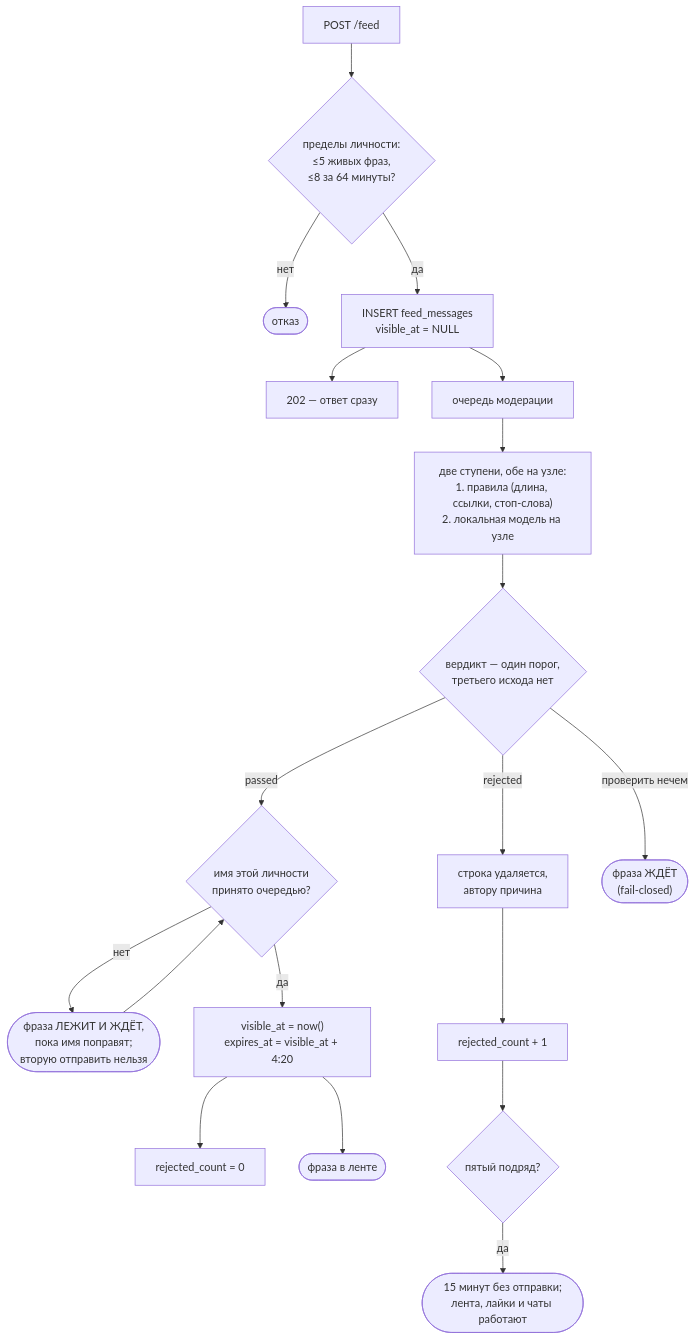
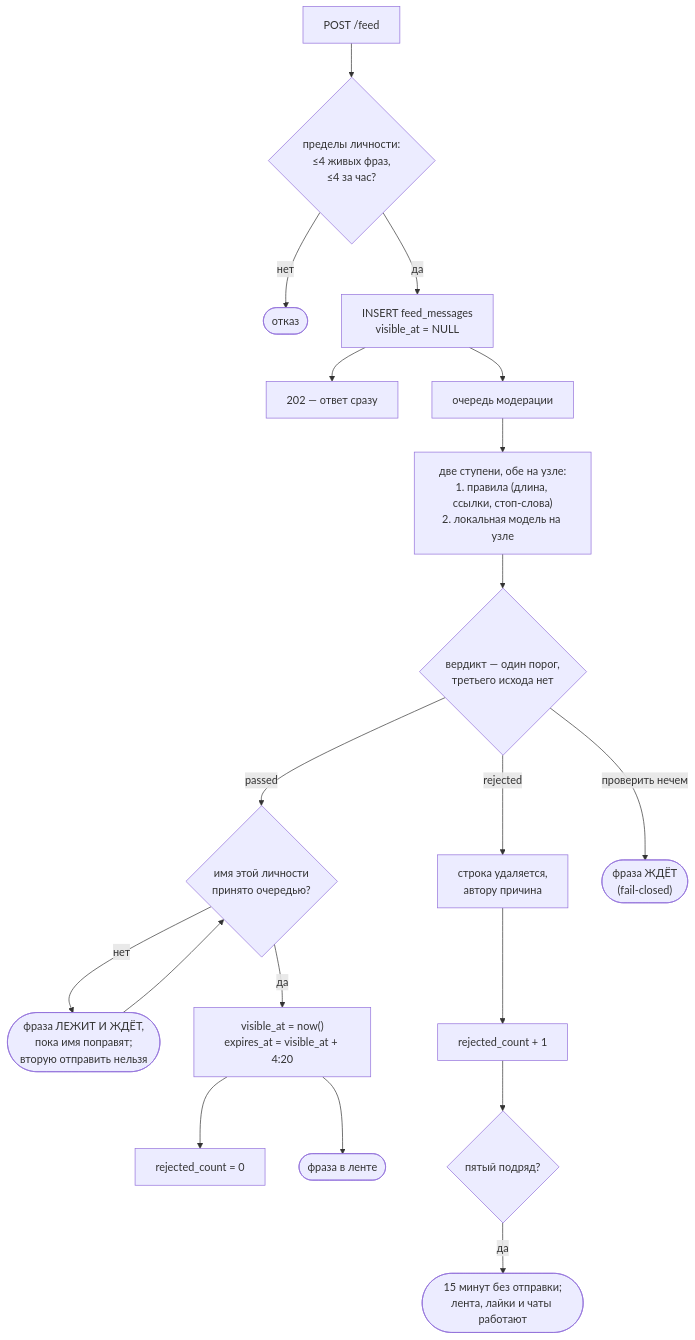
One commit to panov-id/xor.ad changed the seventh of 30 diagrams in docs/chat-flows_RU.md. Above: the diagram before and after it, drawn with Mermaid. The commit also changed other lines of this file and 10 other files, not shown here.

````diff
--- a/docs/chat-flows_RU.md
+++ b/docs/chat-flows_RU.md
@@ -218,21 +218,21 @@
 ```mermaid
 flowchart TD
-  post["POST /feed"] --> limits{"пределы личности:<br/>≤5 живых фраз,<br/>≤8 за 64 минуты?"}
+  post["POST /feed"] --> limits{"пределы личности:<br/>≤4 живых фраз,<br/>≤4 за час?"}
   limits -- "нет" --> refuse(["отказ"])
   limits -- "да" --> insert["INSERT feed_messages<br/>visible_at = NULL"]
   insert --> ans["202 — ответ сразу"]
   insert --> queue["очередь модерации"]
   queue --> ladder["две ступени, обе на узле:<br/>1. правила #40;длина, ссылки, стоп-слова#41;<br/>2. локальная модель на узле"]
   ladder --> verdict{"вердикт — один порог,<br/>третьего исхода нет"}
   verdict -- "passed" --> name{"имя этой личности<br/>принято очередью?"}
   name -- "нет" --> hold(["фраза ЛЕЖИТ И ЖДЁТ,<br/>пока имя поправят;<br/>вторую отправить нельзя"])
   hold --> name
   name -- "да" --> live["visible_at = now#40;#41;<br/>expires_at = visible_at + 4:20"]
   live --> zero["rejected_count = 0"]
   live --> shown(["фраза в ленте"])
   verdict -- "rejected" --> del["строка удаляется,<br/>автору причина"]
   del --> count["rejected_count + 1"]
   count --> block{"пятый подряд?"}
   block -- "да" --> mute(["15 минут без отправки;<br/>лента, лайки и чаты работают"])
   verdict -- "проверить нечем" --> wait(["фраза ЖДЁТ<br/>#40;fail-closed#41;"])
 ```
````
